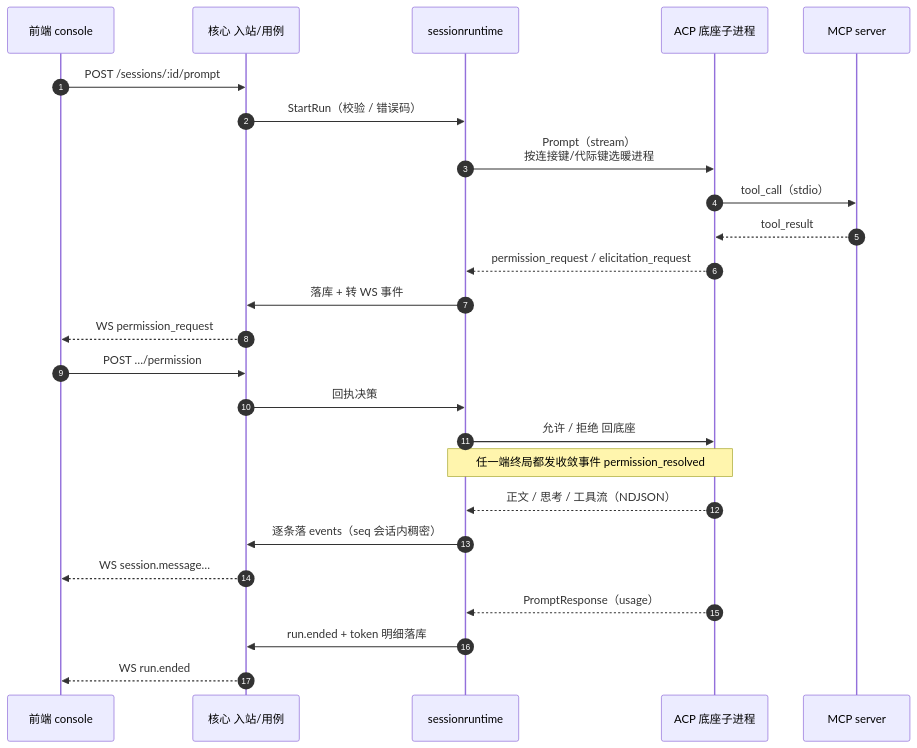
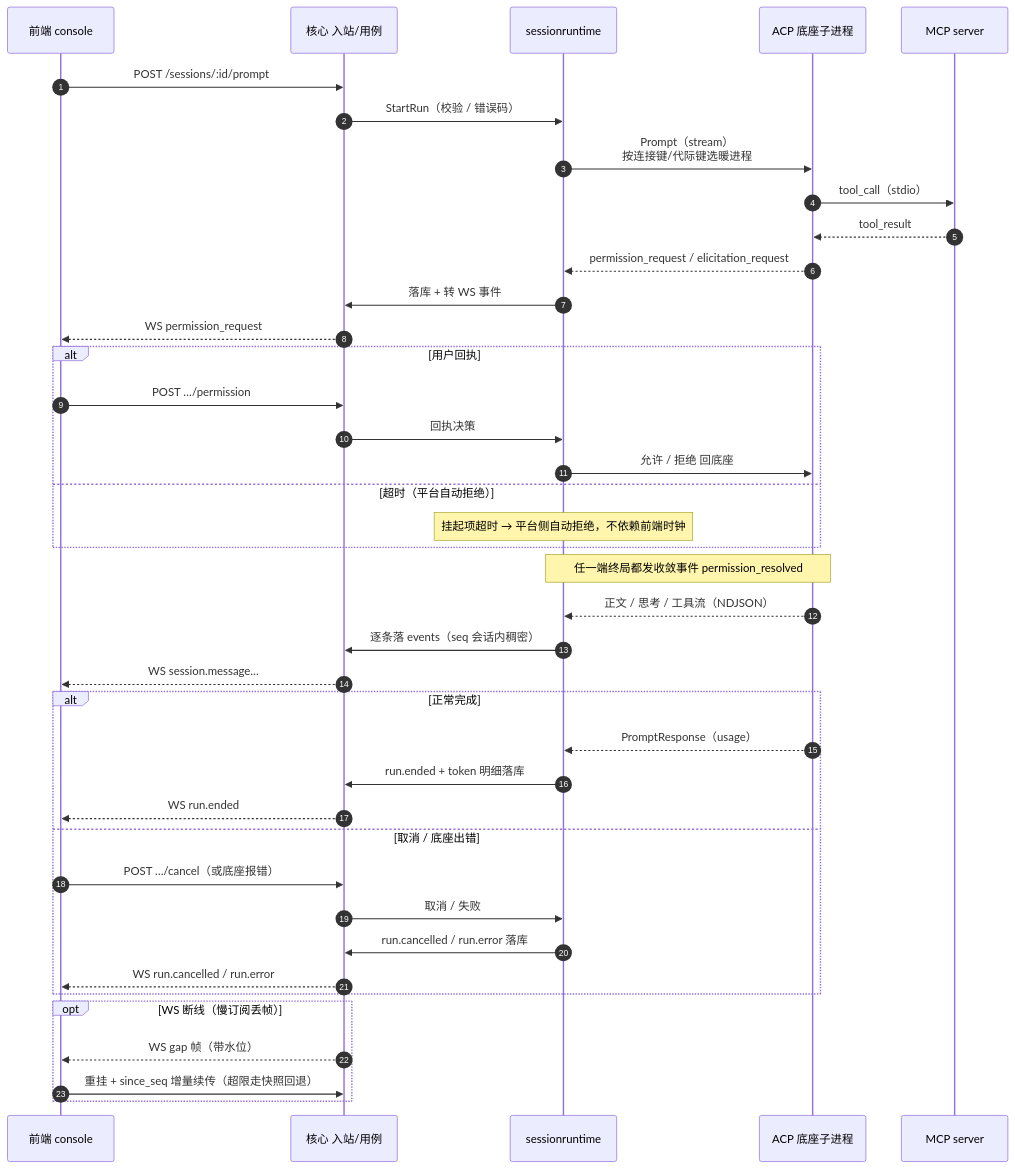
One commit to morehao/ark-mate changed the third of 3 diagrams in docs/architecture.md. Above: the diagram before and after it, drawn with Mermaid. The commit also changed other lines of this file, not shown here.

````diff
--- a/docs/architecture.md
+++ b/docs/architecture.md
@@ -374,28 +405,43 @@
 ```mermaid
 sequenceDiagram
     autonumber
     participant FE as 前端 console
     participant Core as 核心 入站/用例
     participant Orch as sessionruntime
     participant ACP as ACP 底座子进程
     participant MCP as MCP server
 
     FE->>Core: POST /sessions/:id/prompt
     Core->>Orch: StartRun（校验 / 错误码）
     Orch->>ACP: Prompt（stream）<br/>按连接键/代际键选暖进程
     ACP->>MCP: tool_call（stdio）
     MCP-->>ACP: tool_result
     ACP-->>Orch: permission_request / elicitation_request
     Orch->>Core: 落库 + 转 WS 事件
     Core-->>FE: WS permission_request
-    FE->>Core: POST …/permission
-    Core->>Orch: 回执决策
-    Orch->>ACP: 允许 / 拒绝 回底座
+    alt 用户回执
+        FE->>Core: POST …/permission
+        Core->>Orch: 回执决策
+        Orch->>ACP: 允许 / 拒绝 回底座
+    else 超时（平台自动拒绝）
+        Note over Orch: 挂起项超时 → 平台侧自动拒绝，不依赖前端时钟
+    end
     Note over Orch,ACP: 任一端终局都发收敛事件 permission_resolved
     ACP-->>Orch: 正文 / 思考 / 工具流（NDJSON）
     Orch->>Core: 逐条落 events（seq 会话内稠密）
     Core-->>FE: WS session.message…
-    ACP-->>Orch: PromptResponse（usage）
-    Orch->>Core: run.ended + token 明细落库
-    Core-->>FE: WS run.ended
+    alt 正常完成
+        ACP-->>Orch: PromptResponse（usage）
+        Orch->>Core: run.ended + token 明细落库
+        Core-->>FE: WS run.ended
+    else 取消 / 底座出错
+        FE->>Core: POST …/cancel（或底座报错）
+        Core->>Orch: 取消 / 失败
+        Orch->>Core: run.cancelled / run.error 落库
+        Core-->>FE: WS run.cancelled / run.error
+    end
+    opt WS 断线（慢订阅丢帧）
+        Core-->>FE: WS gap 帧（带水位）
+        FE->>Core: 重挂 + since_seq 增量续传（超限走快照回退）
+    end
 ```
````
